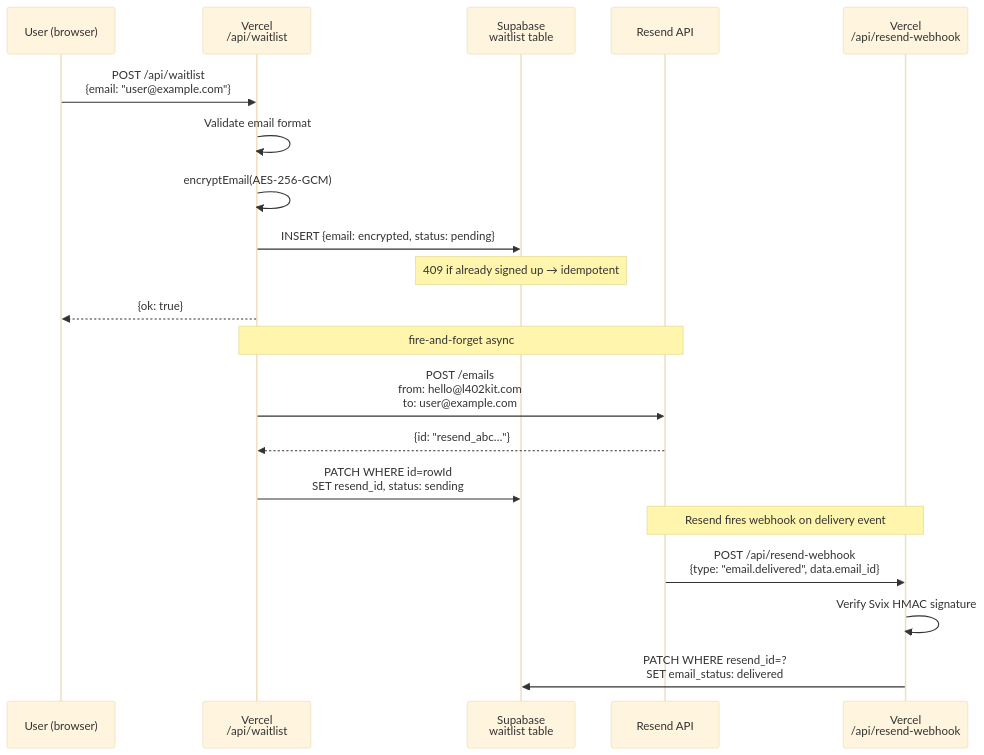
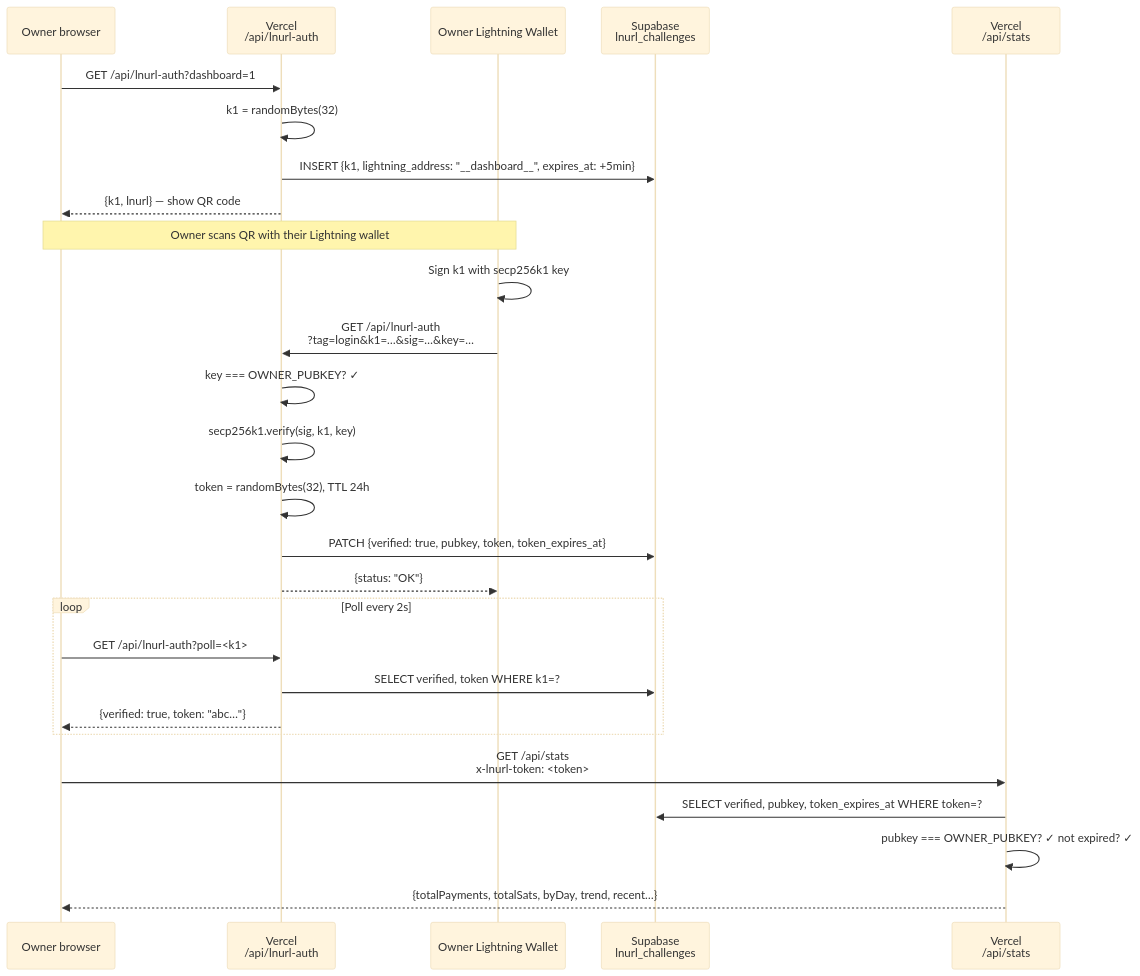
Before and after one commit to ShinyDapps/l402-kit: the sixth of 8 diagrams in docs/guides/flows.mdx, drawn with Mermaid (base theme). The commit also changed other lines of this file and 9 other files, not shown here.

First line of the commit message:
feat(security): v1.3.0 — zero PII, Edge Function, LNURL-auth dashboard

````diff
--- a/docs/guides/flows.mdx
+++ b/docs/guides/flows.mdx
@@ -158,25 +160,33 @@
 ```mermaid
 sequenceDiagram
-    participant U as User (browser)
-    participant V as Vercel<br/>/api/waitlist
-    participant S as Supabase<br/>waitlist table
-    participant R as Resend API
-    participant RW as Vercel<br/>/api/resend-webhook
+    participant O as Owner browser
+    participant V as Vercel<br/>/api/lnurl-auth
+    participant W as Owner Lightning Wallet
+    participant S as Supabase<br/>lnurl_challenges
+    participant D as Vercel<br/>/api/stats
 
-    U->>V: POST /api/waitlist<br/>{email: "user@example.com"}
-    V->>V: Validate email format
-    V->>V: encryptEmail(AES-256-GCM)
-    V->>S: INSERT {email: encrypted, status: pending}
-    Note over S: 409 if already signed up → idempotent
-    V-->>U: {ok: true}
+    O->>V: GET /api/lnurl-auth?dashboard=1
+    V->>V: k1 = randomBytes(32)
+    V->>S: INSERT {k1, lightning_address: "__dashboard__", expires_at: +5min}
+    V-->>O: {k1, lnurl} — show QR code
 
-    Note over V,R: fire-and-forget async
-    V->>R: POST /emails<br/>from: hello@l402kit.com<br/>to: user@example.com
-    R-->>V: {id: "resend_abc…"}
-    V->>S: PATCH WHERE id=rowId<br/>SET resend_id, status: sending
+    Note over O,W: Owner scans QR with their Lightning wallet
+    W->>W: Sign k1 with secp256k1 key
+    W->>V: GET /api/lnurl-auth<br/>?tag=login&k1=…&sig=…&key=…
+    V->>V: key === OWNER_PUBKEY? ✓
+    V->>V: secp256k1.verify(sig, k1, key)
+    V->>V: token = randomBytes(32), TTL 24h
+    V->>S: PATCH {verified: true, pubkey, token, token_expires_at}
+    V-->>W: {status: "OK"}
 
-    Note over R,RW: Resend fires webhook on delivery event
-    R->>RW: POST /api/resend-webhook<br/>{type: "email.delivered", data.email_id}
-    RW->>RW: Verify Svix HMAC signature
-    RW->>S: PATCH WHERE resend_id=?<br/>SET email_status: delivered
+    loop Poll every 2s
+        O->>V: GET /api/lnurl-auth?poll=<k1>
+        V->>S: SELECT verified, token WHERE k1=?
+        V-->>O: {verified: true, token: "abc…"}
+    end
+
+    O->>D: GET /api/stats<br/>x-lnurl-token: <token>
+    D->>S: SELECT verified, pubkey, token_expires_at WHERE token=?
+    D->>D: pubkey === OWNER_PUBKEY? ✓ not expired? ✓
+    D-->>O: {totalPayments, totalSats, byDay, trend, recent…}
 ```
````
